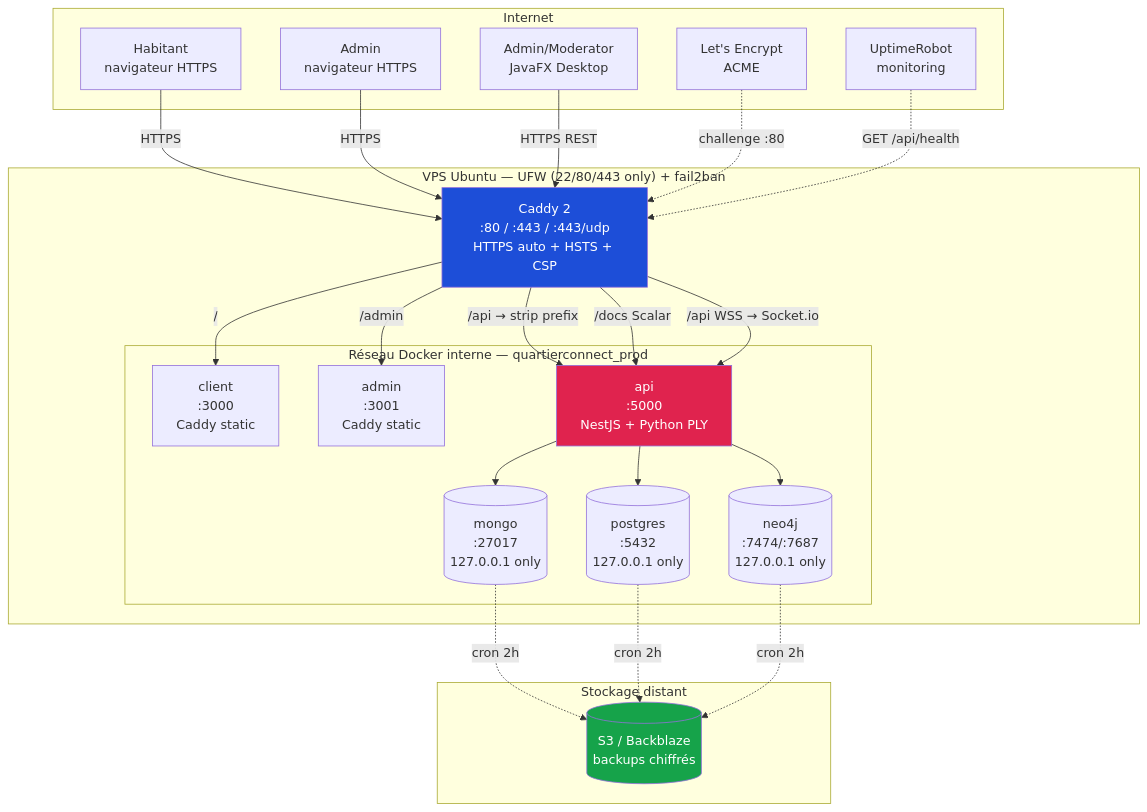
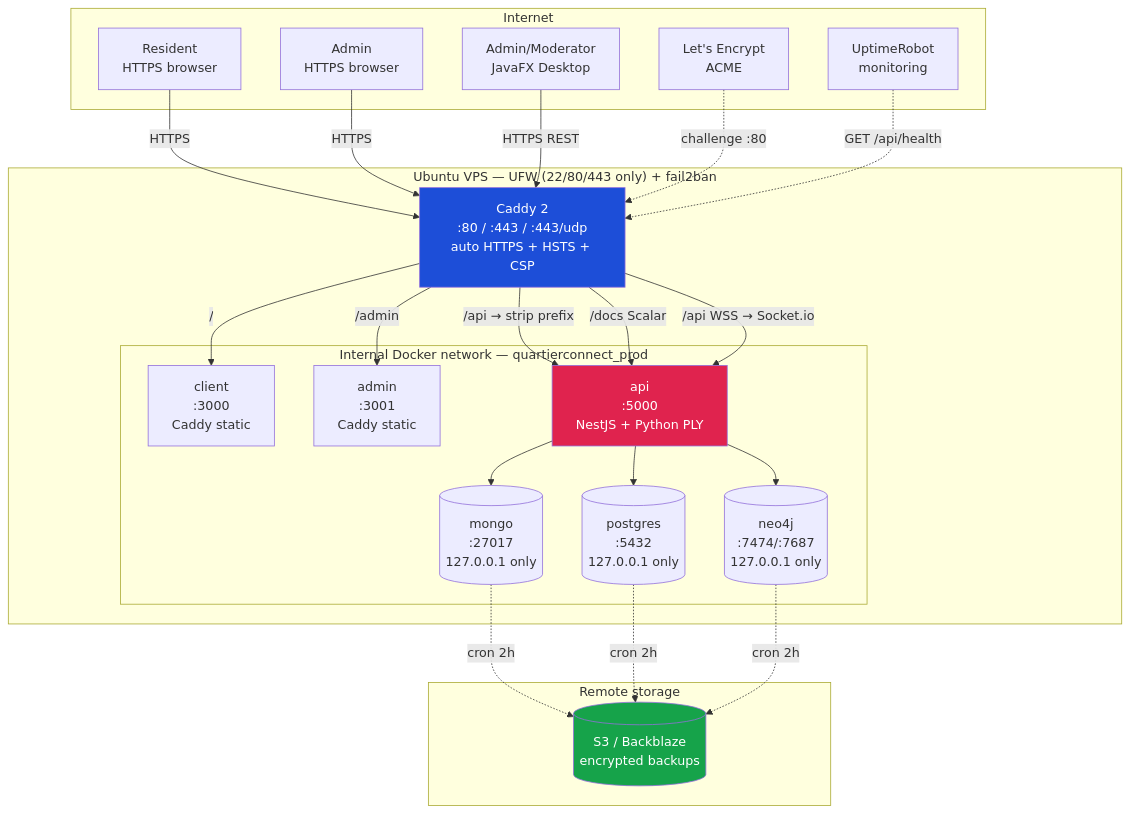
Diagram 19 of 21 in docs/ARCHITECTURE.md (creibaud/QuartierConnect), drawn with Mermaid before and after one commit. The commit also changed other lines of this file and 155 other files, not shown here.

````diff
--- a/docs/ARCHITECTURE.md
+++ b/docs/ARCHITECTURE.md
@@ -762,52 +762,52 @@
 ```mermaid
 graph TB
     subgraph Internet
-        U1[Habitant<br/>navigateur HTTPS]
-        U2[Admin<br/>navigateur HTTPS]
+        U1[Resident<br/>HTTPS browser]
+        U2[Admin<br/>HTTPS browser]
         U3[Admin/Moderator<br/>JavaFX Desktop]
         LE[Let's Encrypt<br/>ACME]
         UR[UptimeRobot<br/>monitoring]
     end
 
-    subgraph VPS["VPS Ubuntu — UFW (22/80/443 only) + fail2ban"]
-        CADDY["Caddy 2<br/>:80 / :443 / :443/udp<br/>HTTPS auto + HSTS + CSP"]
+    subgraph VPS["Ubuntu VPS — UFW (22/80/443 only) + fail2ban"]
+        CADDY["Caddy 2<br/>:80 / :443 / :443/udp<br/>auto HTTPS + HSTS + CSP"]
 
-        subgraph DockerNet["Réseau Docker interne — quartierconnect_prod"]
+        subgraph DockerNet["Internal Docker network — quartierconnect_prod"]
             CLIENT["client<br/>:3000<br/>Caddy static"]
             ADMIN["admin<br/>:3001<br/>Caddy static"]
             API["api<br/>:5000<br/>NestJS + Python PLY"]
 
             MONGO[("mongo<br/>:27017<br/>127.0.0.1 only")]
             PG[("postgres<br/>:5432<br/>127.0.0.1 only")]
             NEO[("neo4j<br/>:7474/:7687<br/>127.0.0.1 only")]
         end
     end
 
-    subgraph Cloud["Stockage distant"]
-        S3[("S3 / Backblaze<br/>backups chiffrés")]
+    subgraph Cloud["Remote storage"]
+        S3[("S3 / Backblaze<br/>encrypted backups")]
     end
 
     U1 -->|HTTPS| CADDY
     U2 -->|HTTPS| CADDY
     U3 -->|HTTPS REST| CADDY
     LE -.->|challenge :80| CADDY
     UR -.->|GET /api/health| CADDY
 
     CADDY -->|"/"| CLIENT
     CADDY -->|"/admin"| ADMIN
     CADDY -->|"/api → strip prefix"| API
     CADDY -->|"/docs Scalar"| API
     CADDY -->|"/api WSS → Socket.io"| API
 
     API --> MONGO
     API --> PG
     API --> NEO
 
     MONGO -.->|cron 2h| S3
     PG -.->|cron 2h| S3
     NEO -.->|cron 2h| S3
 
     style CADDY fill:#1D4ED8,color:#fff
     style API fill:#E0234E,color:#fff
     style S3 fill:#16a34a,color:#fff
 ```
````
